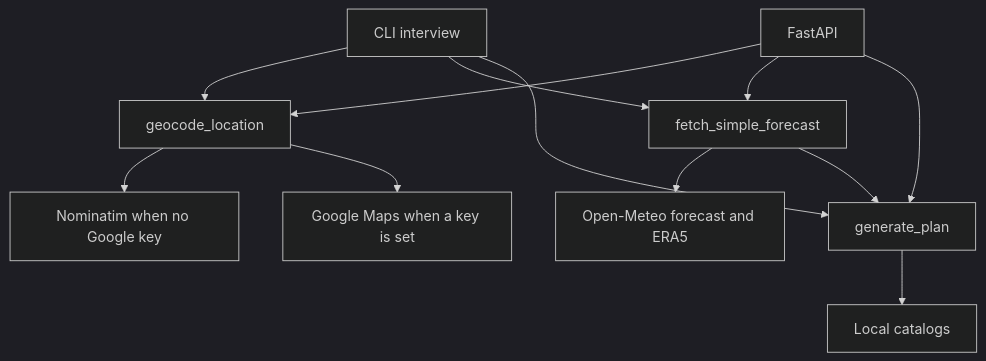
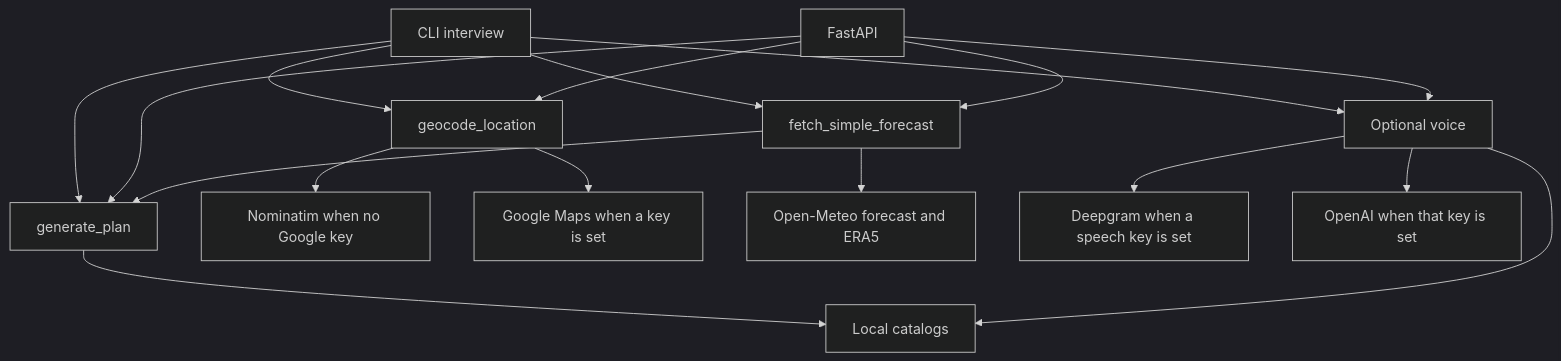
The diagram in README.md (shaythegay13/agenticaigardenplanner), drawn with Mermaid (dark theme) before and after one commit. The commit also changed other lines of this file and 9 other files, not shown here.

First line of the commit message:
Add optional voice questions that stay off without speech keys. (#3)

````diff
--- a/README.md
+++ b/README.md
@@ -69,20 +71,25 @@
 ```mermaid
 flowchart TD
   CLI[CLI interview]
   API[FastAPI]
   GEO[geocode_location]
   WX[fetch_simple_forecast]
   PLAN[generate_plan]
   CAT[Local catalogs]
   CLI --> GEO
   API --> GEO
   GEO --> NOM[Nominatim when no Google key]
   GEO --> GMAP[Google Maps when a key is set]
   CLI --> WX
   API --> WX
   WX --> OM[Open-Meteo forecast and ERA5]
   CLI --> PLAN
   API --> PLAN
   WX --> PLAN
   PLAN --> CAT
+  CLI --> VOICE[Optional voice]
+  API --> VOICE
+  VOICE --> CAT
+  VOICE --> DG[Deepgram when a speech key is set]
+  VOICE --> OAI[OpenAI when that key is set]
 ```
````
